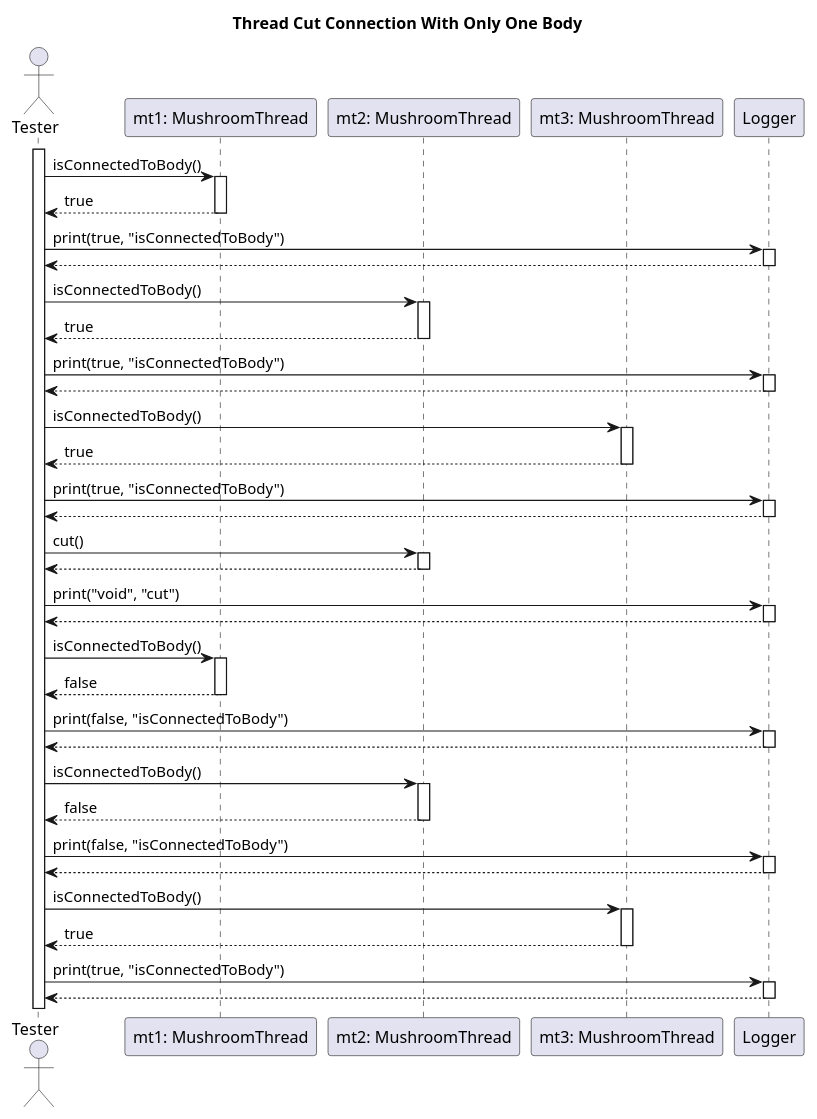
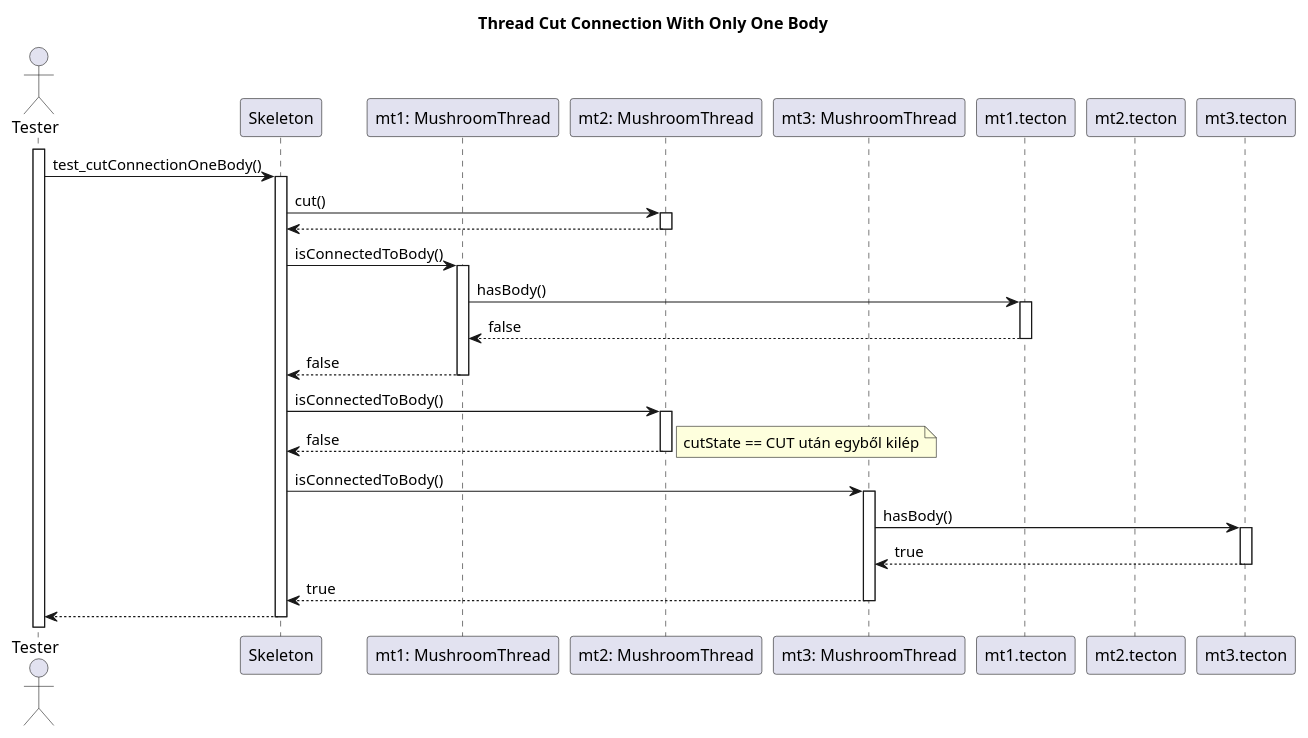
Before and after one commit to dzsem/projlab: the diagram in diagrams/test-sequence/mushroom/threadCutConnectionOnlyOneBody.wsd, drawn with PlantUML. The commit also changed 1 other file, not shown here.

Commit message:
updated cut and fixed threadCutConnectionOnlyOneBody

```diff
--- a/diagrams/test-sequence/mushroom/threadCutConnectionOnlyOneBody.wsd
+++ b/diagrams/test-sequence/mushroom/threadCutConnectionOnlyOneBody.wsd
@@ -1,85 +1,62 @@
 @startuml Thread Cut Connection Only One Body
 
 title Thread Cut Connection With Only One Body
 
 actor "Tester" as tester
+participant "Skeleton" as  skeleton
 
 participant "mt1: MushroomThread" as mt1
 participant "mt2: MushroomThread" as mt2
 participant "mt3: MushroomThread" as mt3
 
-participant "Logger" as logger
+participant "mt1.tecton" as t1
+participant "mt2.tecton" as t2
+participant "mt3.tecton" as t3
 
 activate tester
 
-tester -> mt1: isConnectedToBody()
+tester -> skeleton: test_cutConnectionOneBody()
+activate skeleton
+
+' CUT
+skeleton -> mt2: cut()
+activate mt2
+mt2 --> skeleton 
+deactivate mt2
+
+' MT1
+skeleton -> mt1: isConnectedToBody()
 activate mt1
-mt1 --> tester: true
+
+mt1 -> t1: hasBody()
+activate t1
+t1 --> mt1: false
+deactivate t1
+
+mt1 --> skeleton: false
 deactivate mt1
 
-tester -> logger: print(true, "isConnectedToBody")
-activate logger
-logger --> tester
-deactivate logger
+' MT2
 
-tester -> mt2: isConnectedToBody()
+skeleton -> mt2: isConnectedToBody()
 activate mt2
-mt2 --> tester: true
+mt2 --> skeleton: false 
+note right: cutState == CUT után egyből kilép
 deactivate mt2
 
-tester -> logger: print(true, "isConnectedToBody")
-activate logger
-logger --> tester
-deactivate logger
+' MT3
+skeleton -> mt3: isConnectedToBody()
+activate mt3
 
-tester -> mt3: isConnectedToBody()
-activate mt3
-mt3 --> tester: true
+mt3 -> t3: hasBody()
+activate t3
+t3 --> mt3: true
+deactivate t3
+
+mt3 --> skeleton: true
 deactivate mt3
 
-tester -> logger: print(true, "isConnectedToBody")
-activate logger
-logger --> tester
-deactivate logger
-
-tester -> mt2: cut()
-activate mt2
-mt2 --> tester
-deactivate mt2
-
-tester -> logger: print("void", "cut")
-activate logger
-logger --> tester
-deactivate logger
-
-tester -> mt1: isConnectedToBody()
-activate mt1
-mt1 --> tester: false
-deactivate mt1
-
-tester -> logger: print(false, "isConnectedToBody")
-activate logger
-logger --> tester
-deactivate logger
-
-tester -> mt2: isConnectedToBody()
-activate mt2
-mt2 --> tester: false
-deactivate mt2
-
-tester -> logger: print(false, "isConnectedToBody")
-activate logger
-logger --> tester
-deactivate logger
-
-tester -> mt3: isConnectedToBody()
-activate mt3
-mt3 --> tester: true
-deactivate mt3
-
-tester -> logger: print(true, "isConnectedToBody")
-activate logger
-logger --> tester
-deactivate logger
+skeleton --> tester
+deactivate skeleton
 
 @enduml
```
